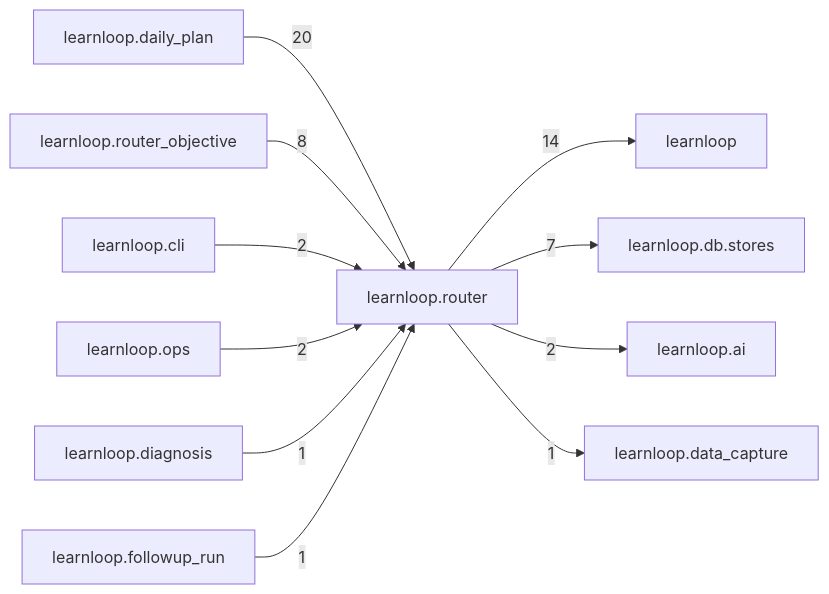
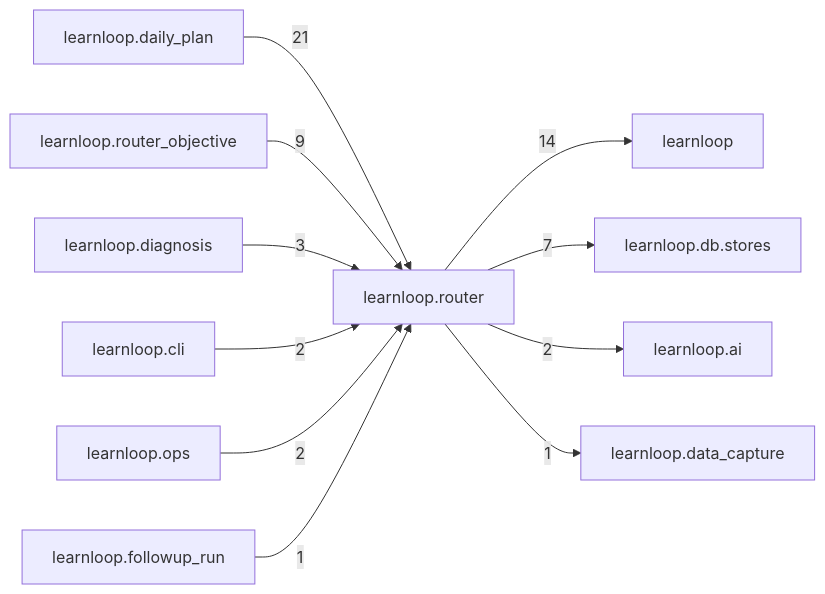
Before and after one commit to 6up-b/learnanything: the diagram in docs/learnloop-architecture-vault/Reference/Modules/learnloop/router/_package.md, drawn with Mermaid. The commit also changed other lines of this file and 95 other files, not shown here.

````diff
--- a/docs/learnloop-architecture-vault/Reference/Modules/learnloop/router/_package.md
+++ b/docs/learnloop-architecture-vault/Reference/Modules/learnloop/router/_package.md
@@ -96,24 +96,24 @@
 ```mermaid
 flowchart LR
     center["learnloop.router"]
     n_learnloop_daily_plan["learnloop.daily_plan"]
     n_learnloop["learnloop"]
     n_learnloop_router_objective["learnloop.router_objective"]
     n_learnloop_db_stores["learnloop.db.stores"]
+    n_learnloop_diagnosis["learnloop.diagnosis"]
     n_learnloop_ai["learnloop.ai"]
     n_learnloop_cli["learnloop.cli"]
     n_learnloop_ops["learnloop.ops"]
     n_learnloop_data_capture["learnloop.data_capture"]
-    n_learnloop_diagnosis["learnloop.diagnosis"]
     n_learnloop_followup_run["learnloop.followup_run"]
-    n_learnloop_daily_plan -->|20| center
+    n_learnloop_daily_plan -->|21| center
     center -->|14| n_learnloop
-    n_learnloop_router_objective -->|8| center
+    n_learnloop_router_objective -->|9| center
     center -->|7| n_learnloop_db_stores
+    n_learnloop_diagnosis -->|3| center
     center -->|2| n_learnloop_ai
     n_learnloop_cli -->|2| center
     n_learnloop_ops -->|2| center
     center -->|1| n_learnloop_data_capture
-    n_learnloop_diagnosis -->|1| center
     n_learnloop_followup_run -->|1| center
 ```
````
